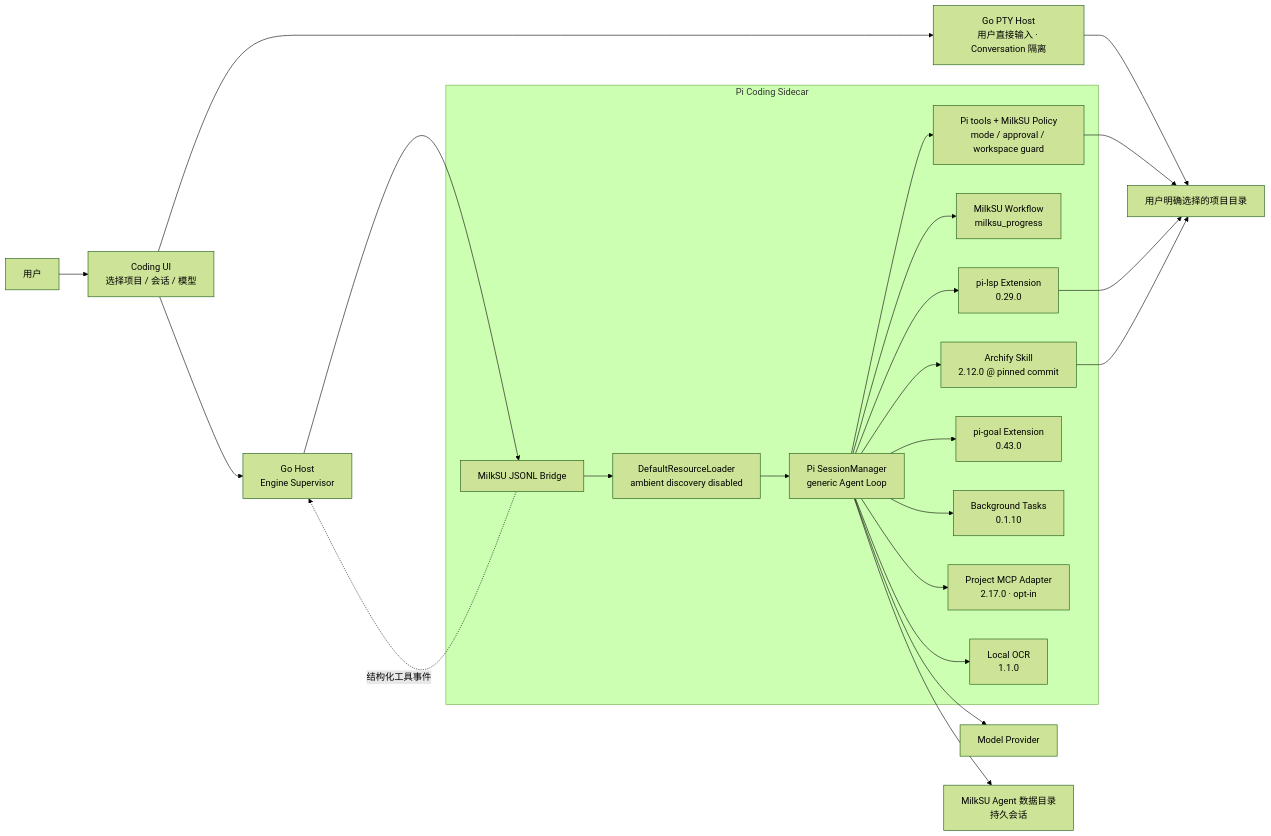
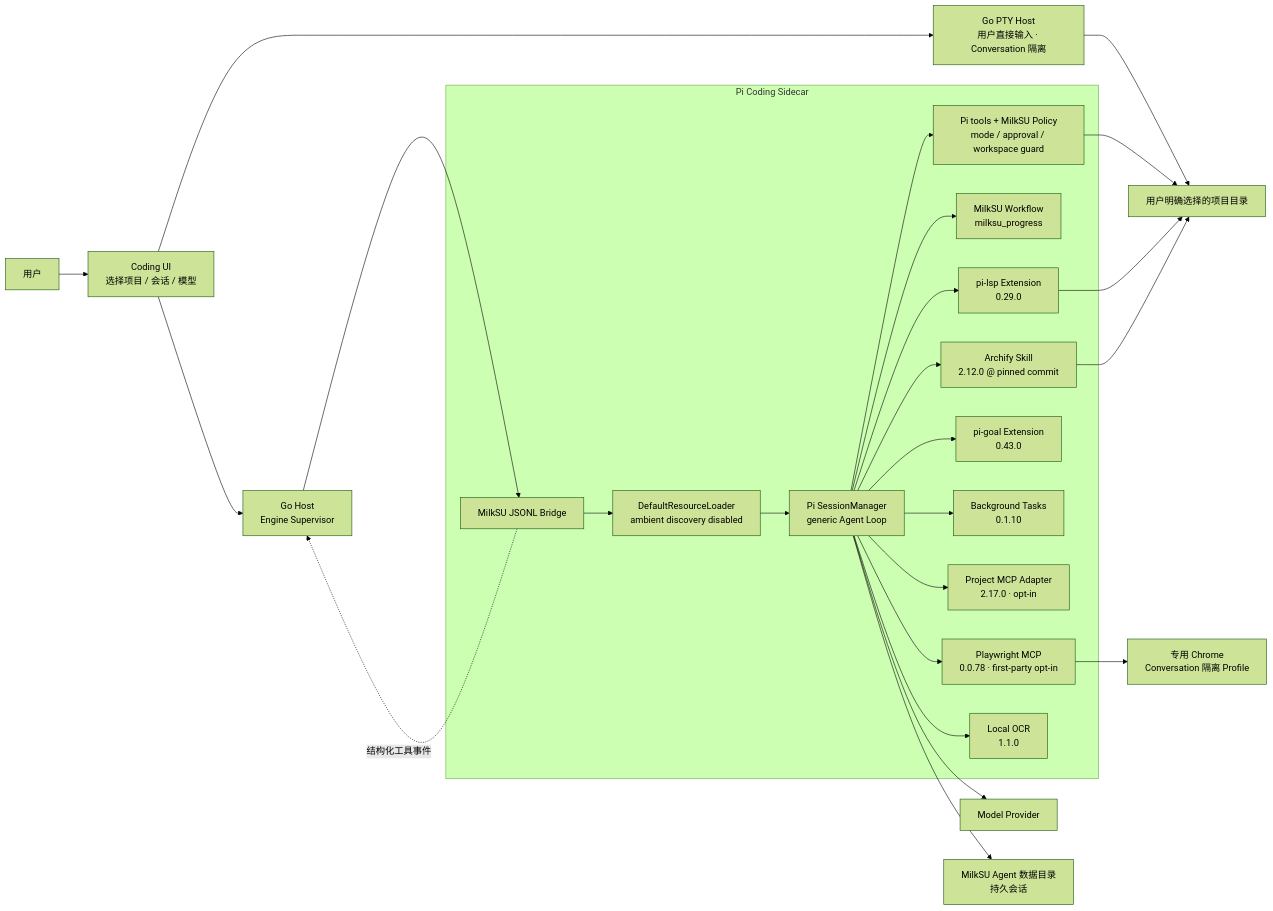
Before and after one commit to MilkSU-Official/milksu: the first of 3 diagrams in docs/architecture/coding-agent-pi-extension-boundary.md, drawn with Mermaid (forest theme). The commit also changed other lines of this file and 34 other files, not shown here.

Commit message:
feat: add managed coding browser

````diff
--- a/docs/architecture/coding-agent-pi-extension-boundary.md
+++ b/docs/architecture/coding-agent-pi-extension-boundary.md
@@ -12,43 +13,46 @@
 ```mermaid
 flowchart LR
     user["用户"]
     vue["Coding UI<br/>选择项目 / 会话 / 模型"]
     host["Go Host<br/>Engine Supervisor"]
     pty["Go PTY Host<br/>用户直接输入 · Conversation 隔离"]
 
     subgraph sidecar["Pi Coding Sidecar"]
         bridge["MilkSU JSONL Bridge"]
         loader["DefaultResourceLoader<br/>ambient discovery disabled"]
         session["Pi SessionManager<br/>generic Agent Loop"]
         coreTools["Pi tools + MilkSU Policy<br/>mode / approval / workspace guard"]
         workflow["MilkSU Workflow<br/>milksu_progress"]
         archify["Archify Skill<br/>2.12.0 @ pinned commit"]
         lsp["pi-lsp Extension<br/>0.29.0"]
         goal["pi-goal Extension<br/>0.43.0"]
         background["Background Tasks<br/>0.1.10"]
         mcp["Project MCP Adapter<br/>2.17.0 · opt-in"]
+        browserMcp["Playwright MCP<br/>0.0.78 · first-party opt-in"]
         ocr["Local OCR<br/>1.1.0"]
     end
 
     provider["Model Provider"]
     project["用户明确选择的项目目录"]
     agentData["MilkSU Agent 数据目录<br/>持久会话"]
 
     user --> vue --> host --> bridge
     vue --> pty --> project
     bridge --> loader --> session
     session --> coreTools
     session --> workflow
     session --> archify
     session --> lsp
     session --> goal
     session --> background
     session --> mcp
+    session --> browserMcp
     session --> ocr
     session --> provider
     coreTools --> project
     lsp --> project
     archify --> project
+    browserMcp --> managedBrowser["专用 Chrome<br/>Conversation 隔离 Profile"]
     session --> agentData
     bridge -. "结构化工具事件" .-> host
 ```
````
